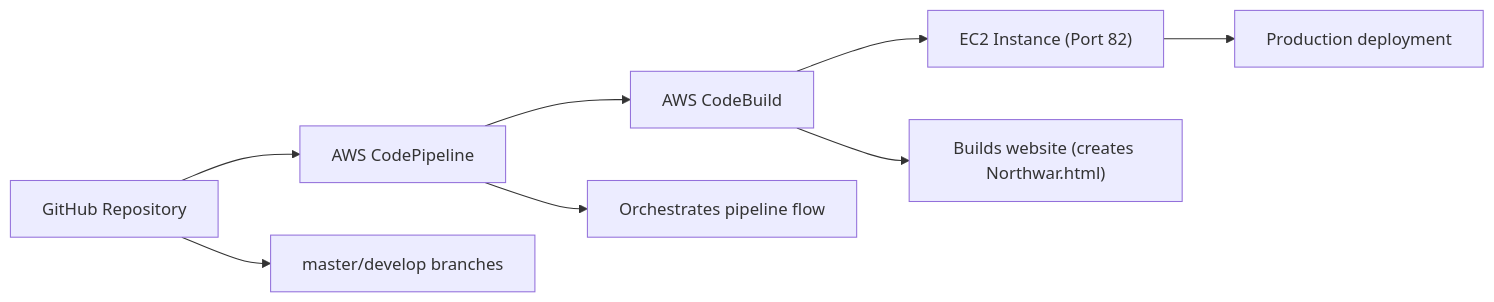
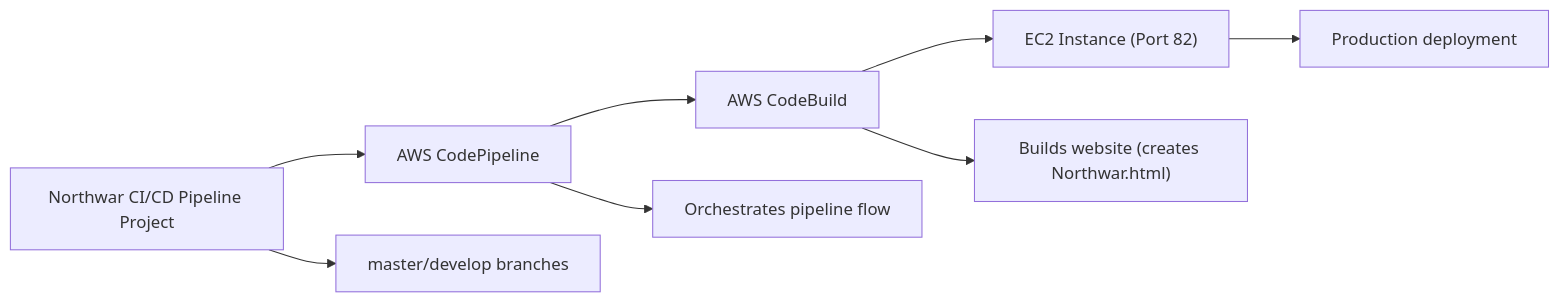
The first of 2 diagrams in README.md (AdeshYadav8918/Northwar-Pipeline-Project), drawn with Mermaid before and after one commit.

Commit message:
README.md file updated

````diff
--- a/README.md
+++ b/README.md
@@ -25,11 +25,11 @@
 ```mermaid
 flowchart LR
-    A[GitHub Repository] --> B[AWS CodePipeline]
+    A[Northwar CI/CD Pipeline Project] --> B[AWS CodePipeline]
     B --> C[AWS CodeBuild]
     C --> D["EC2 Instance (Port 82)"]
 
     A --> A1[master/develop branches]
     B --> B1[Orchestrates pipeline flow] 
     C --> C1["Builds website (creates Northwar.html)"]
     D --> D1[Production deployment]
 ```
````
